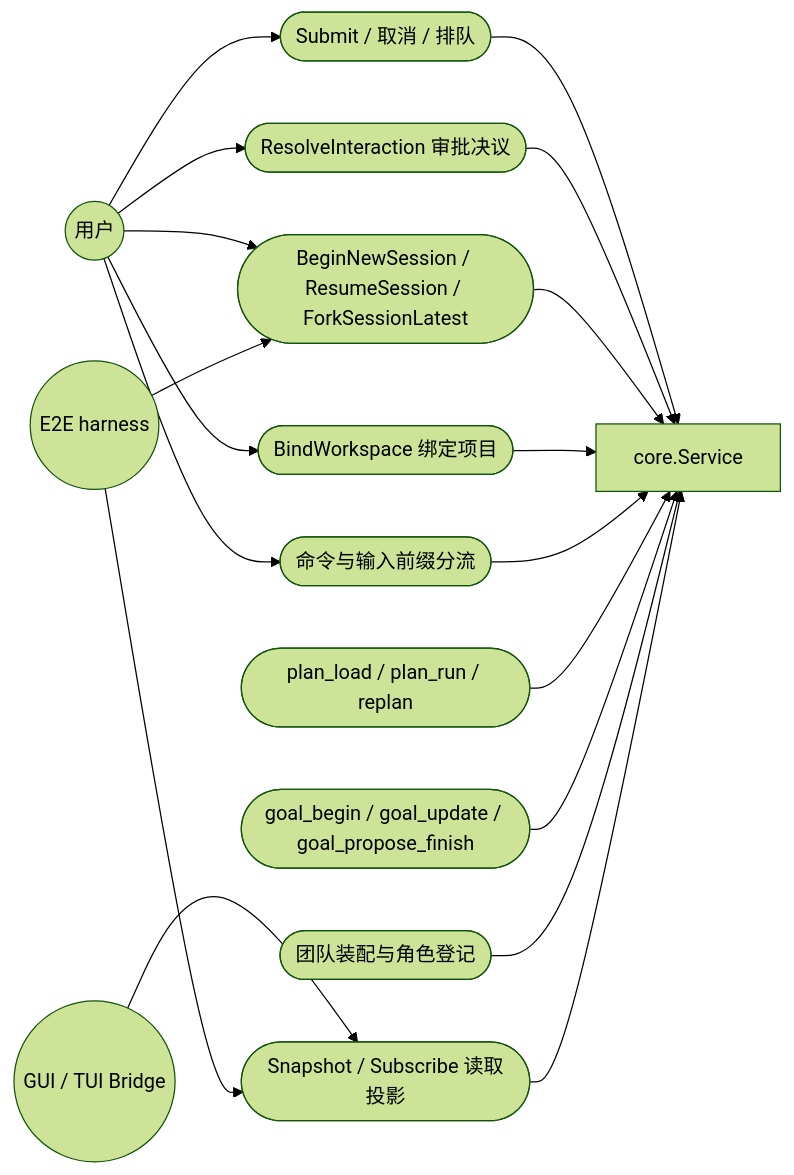
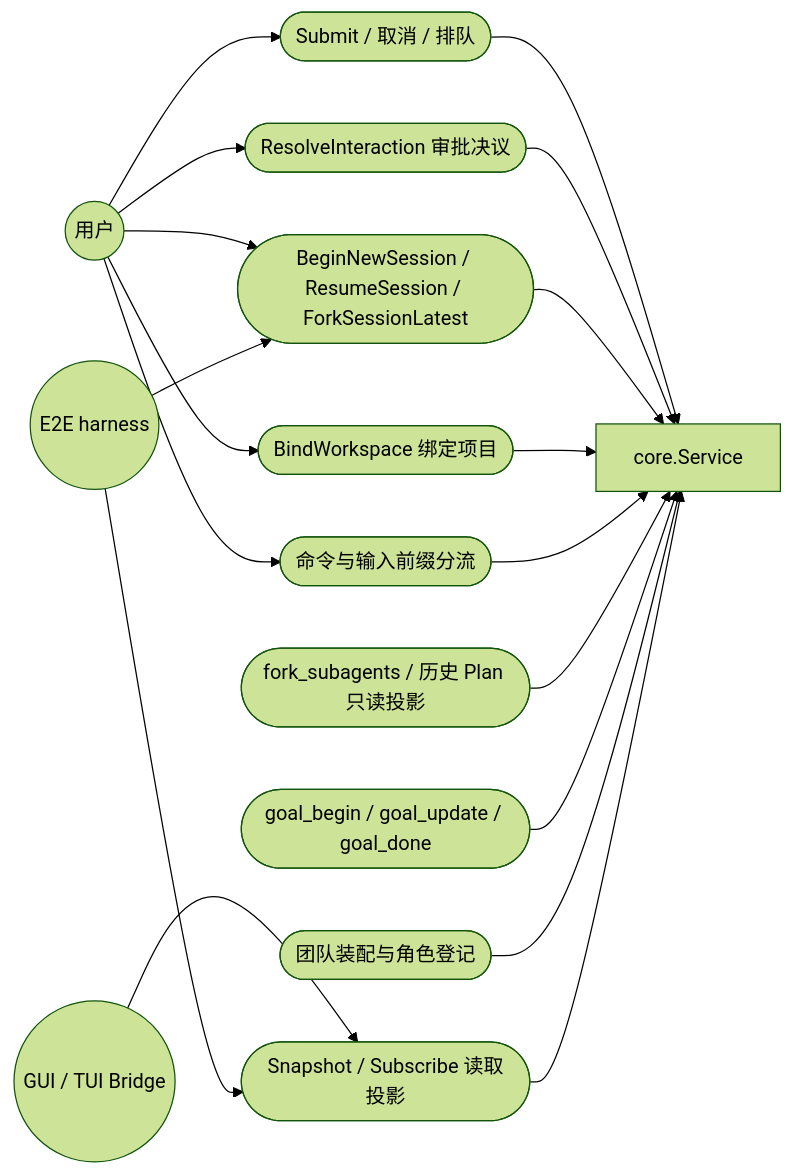
The second of 4 diagrams in application/core/README.md (RedHuang-0622/seelex), drawn with Mermaid (forest theme) before and after one commit. The commit also changed other lines of this file and 7 other files, not shown here.

````diff
--- a/application/core/README.md
+++ b/application/core/README.md
@@ -103,36 +103,36 @@
 ```mermaid
 flowchart LR
     U(("用户"))
     B(("GUI / TUI Bridge"))
     H(("E2E harness"))
 
     UC1(["Submit / 取消 / 排队"])
     UC2(["ResolveInteraction 审批决议"])
     UC3(["BeginNewSession / ResumeSession / ForkSessionLatest"])
     UC4(["BindWorkspace 绑定项目"])
     UC5(["命令与输入前缀分流"])
-    UC6(["plan_load / plan_run / replan"])
-    UC7(["goal_begin / goal_update / goal_propose_finish"])
+    UC6(["fork_subagents / 历史 Plan 只读投影"])
+    UC7(["goal_begin / goal_update / goal_done"])
     UC8(["团队装配与角色登记"])
     UC9(["Snapshot / Subscribe 读取投影"])
 
     SVC["core.Service"]
 
     U --> UC1
     U --> UC2
     U --> UC3
     U --> UC4
     U --> UC5
     B --> UC9
     H --> UC9
     H --> UC3
     UC1 --> SVC
     UC2 --> SVC
     UC3 --> SVC
     UC4 --> SVC
     UC5 --> SVC
     UC6 --> SVC
     UC7 --> SVC
     UC8 --> SVC
     UC9 --> SVC
 ```
````
